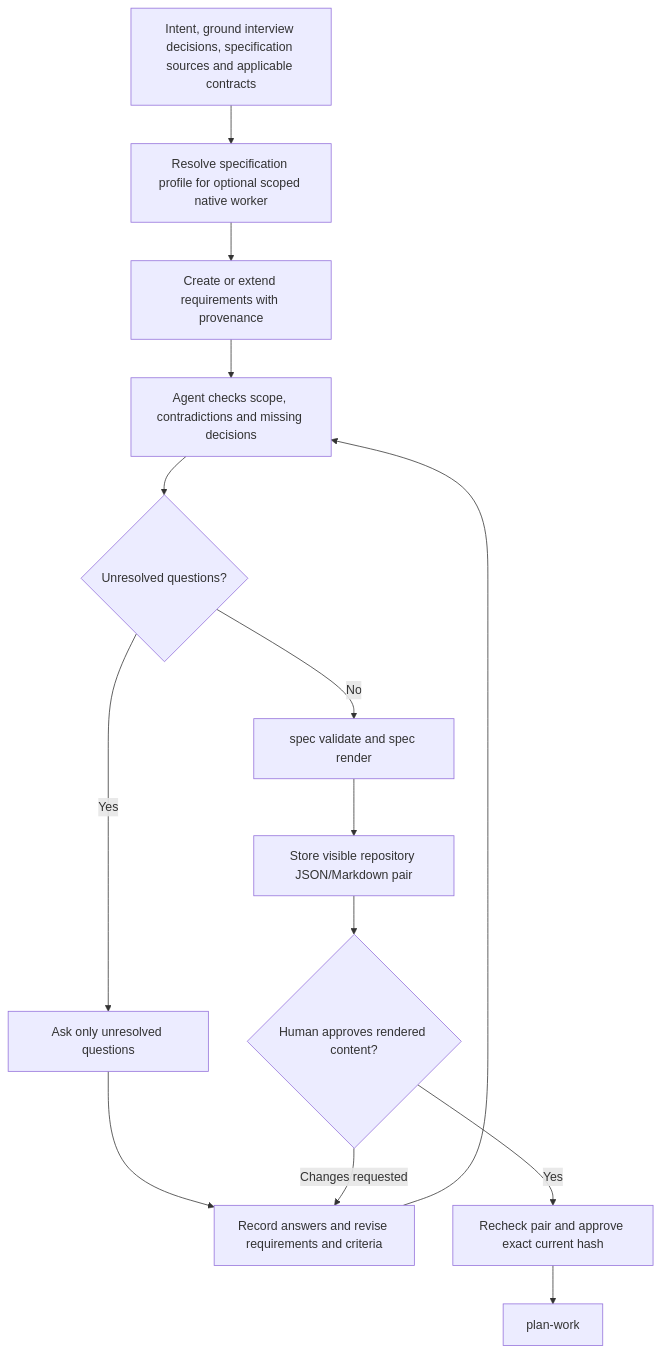
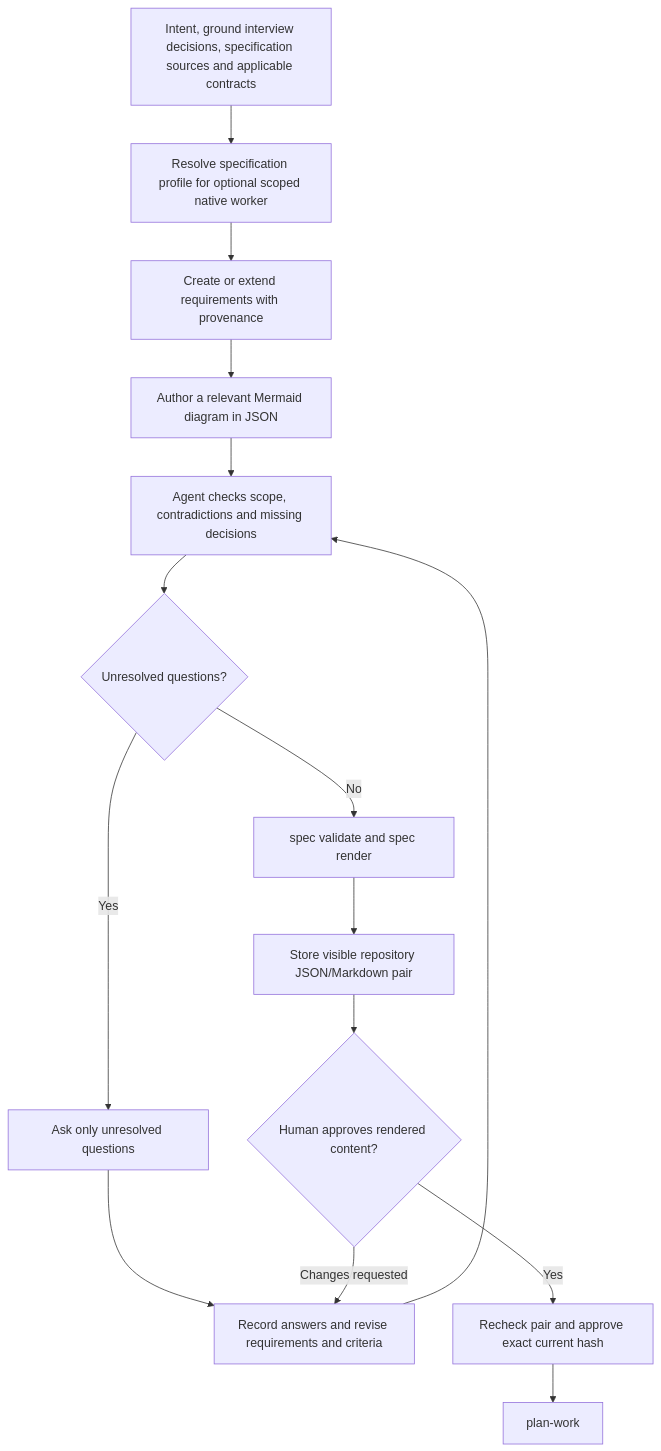
The diagram in skills/specify/SKILL.md (wgentil/devflow), drawn with Mermaid before and after one commit. The commit also changed other lines of this file and 15 other files, not shown here.

Commit message:
Require Mermaid diagrams in new repository specs

````diff
--- a/skills/specify/SKILL.md
+++ b/skills/specify/SKILL.md
@@ -10,16 +10,17 @@
 ```mermaid
 flowchart TD
     Input["Intent, ground interview decisions, specification sources and applicable contracts"] --> Native["Resolve specification profile for optional scoped native worker"]
     Native --> Draft["Create or extend requirements with provenance"]
-    Draft --> Inspect["Agent checks scope, contradictions and missing decisions"]
+    Draft --> Diagram["Author a relevant Mermaid diagram in JSON"]
+    Diagram --> Inspect["Agent checks scope, contradictions and missing decisions"]
     Inspect --> Gaps{"Unresolved questions?"}
     Gaps -->|Yes| Ask["Ask only unresolved questions"]
     Ask --> Revise["Record answers and revise requirements and criteria"]
     Revise --> Inspect
     Gaps -->|No| Validate["spec validate and spec render"]
     Validate --> Store["Store visible repository JSON/Markdown pair"]
     Store --> Human{"Human approves rendered content?"}
     Human -->|Changes requested| Revise
     Human -->|Yes| Approve["Recheck pair and approve exact current hash"]
     Approve --> Plan["plan-work"]
 ```
````
